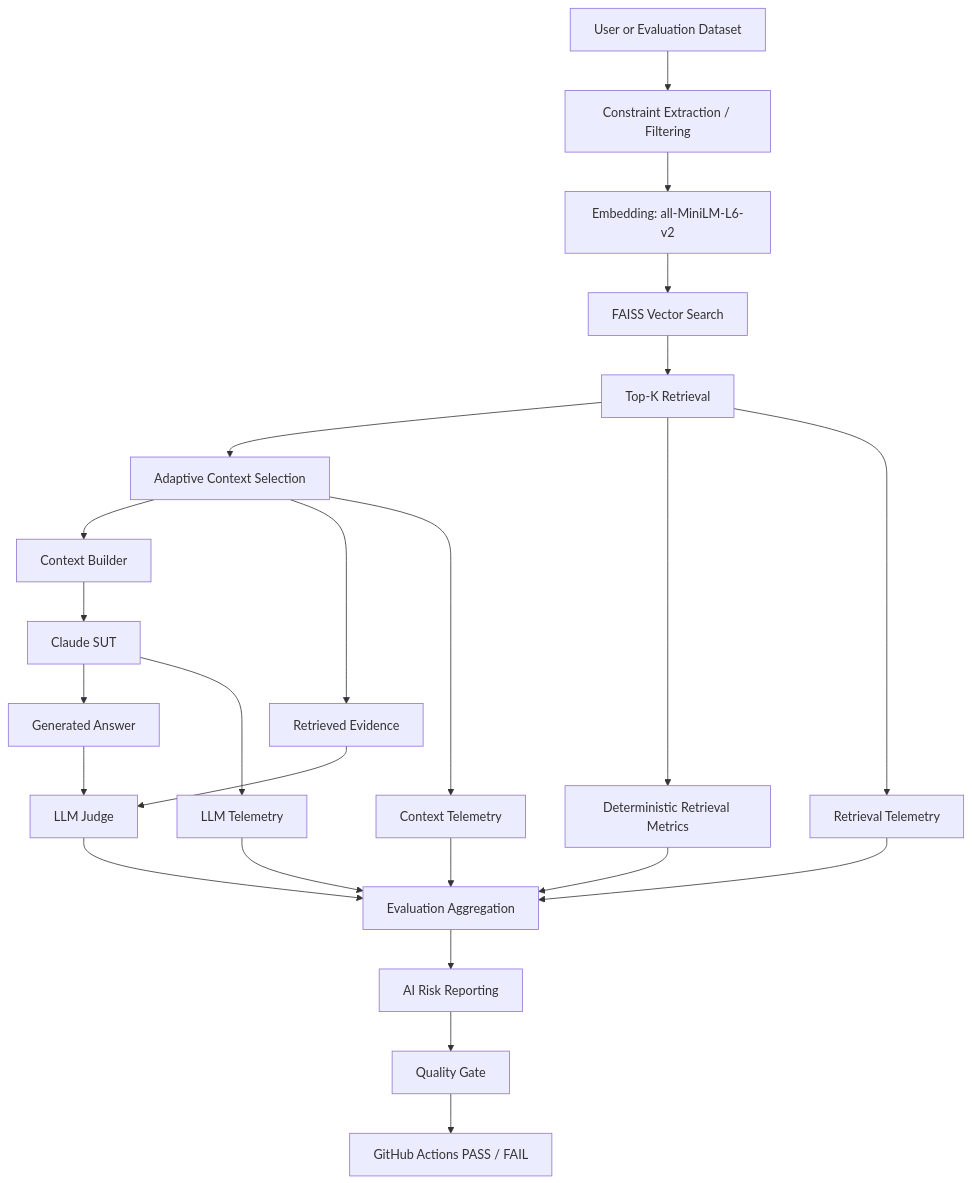
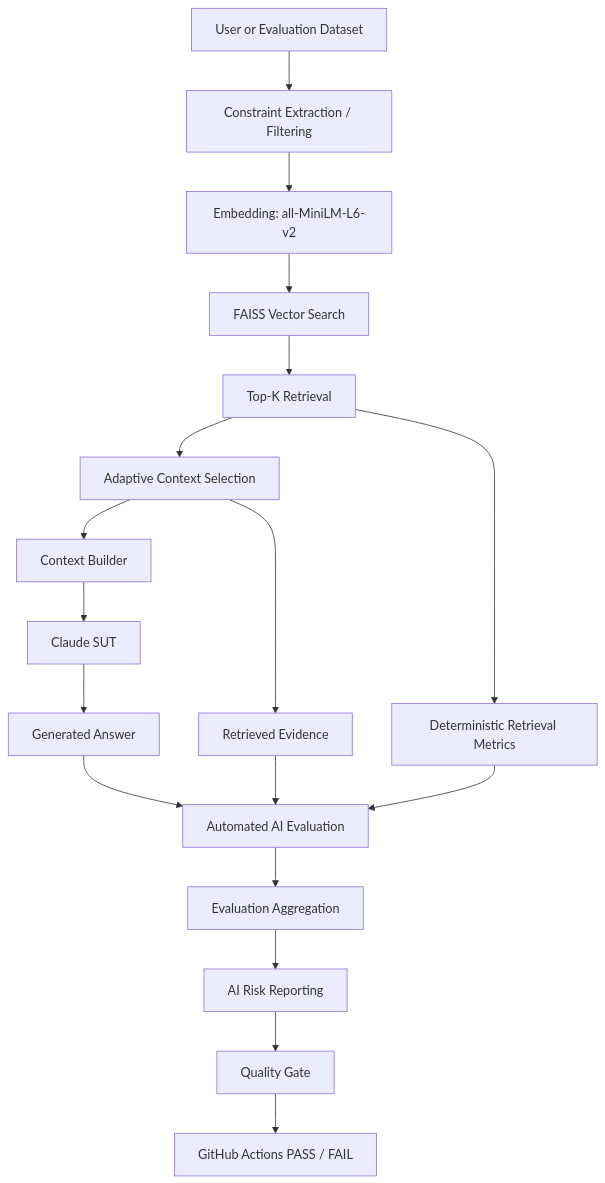
The first of 3 diagrams in README.md (oleksandrserhieiev-beep/ai-qe-lab), drawn with Mermaid before and after one commit. The commit also changed other lines of this file, not shown here.

Commit message:
Add automated AI evaluation oracle architecture to README

````diff
--- a/README.md
+++ b/README.md
@@ -40,29 +25,22 @@
 ```mermaid
 flowchart TD
     A[User or Evaluation Dataset] --> B[Constraint Extraction / Filtering]
     B --> C[Embedding: all-MiniLM-L6-v2]
     C --> D[FAISS Vector Search]
     D --> E[Top-K Retrieval]
     E --> F[Adaptive Context Selection]
     F --> G[Context Builder]
     G --> H[Claude SUT]
     H --> I[Generated Answer]
 
     E --> J[Deterministic Retrieval Metrics]
     F --> K[Retrieved Evidence]
-    I --> L[LLM Judge]
-    K --> L
+    I --> AE[Automated AI Evaluation]
+    K --> AE
+    J --> AE
 
-    J --> M[Evaluation Aggregation]
-    L --> M
+    AE --> M[Evaluation Aggregation]
     M --> N[AI Risk Reporting]
     N --> O[Quality Gate]
     O --> P[GitHub Actions PASS / FAIL]
-
-    H --> Q[LLM Telemetry]
-    E --> R[Retrieval Telemetry]
-    F --> S[Context Telemetry]
-    Q --> M
-    R --> M
-    S --> M
 ```
````
